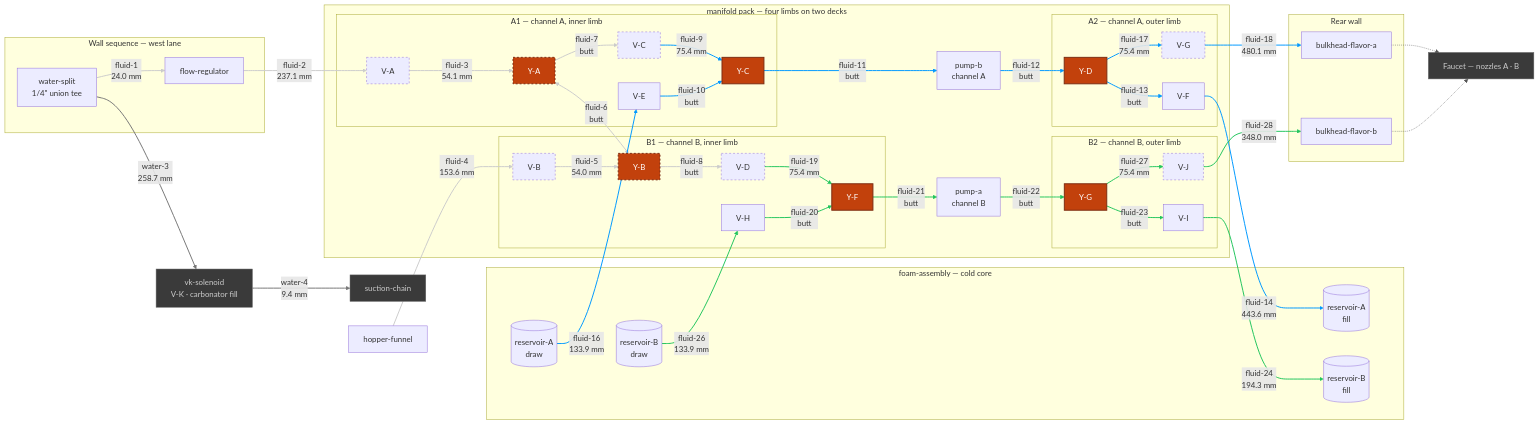
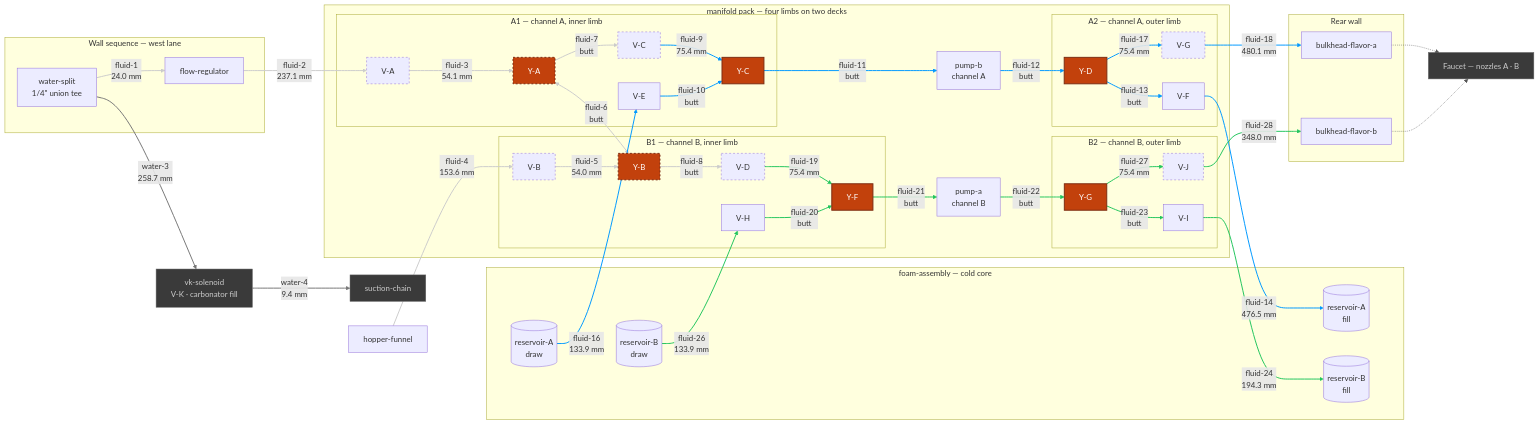
Before and after one commit to derekbreden/homesodamachine: the diagram in hardware/topology/fluid-topology-manifold.mmd, drawn with Mermaid. The commit also changed 22 other files, not shown here.

```diff
--- a/hardware/topology/fluid-topology-manifold.mmd
+++ b/hardware/topology/fluid-topology-manifold.mmd
@@ -14,7 +14,7 @@
   %% [26](SEGMENT_COUNT) flavor segments. [11](BUTT_COUNT) are collet butted to collet and carry
   %% no tube at all; [9](DRAWN_COUNT) are swept runs between placed bodies; the rest are the
   %% hinge's four hairpins and the source pair's two quarter-and-step turns. What is cut comes to
-  %% [2558.2 mm](FLUID_TOTAL) of 1/4" LLDPE over [40](FLUID_BENDS) corners, and the longest is
+  %% [2591.2 mm](FLUID_TOTAL) of 1/4" LLDPE over [42](FLUID_BENDS) corners, and the longest is
   %% [fluid-18](LONGEST_ID) at [480.1 mm](LONGEST_LEN). [0](OPEN_COUNT) are mouths with nothing
   %% on the far end of them: EVERY FLAVOR SEGMENT IN THIS CHART IS MADE. The hopper's gravity
   %% drain is drawn like the rest — the funnel is seated in the box rather than placed in the
@@ -135,7 +135,7 @@
   YC -->|"fluid-11<br/>butt"| PB
   PB -->|"fluid-12<br/>butt"| YD
   YD -->|"fluid-13<br/>butt"| VF
-  VF -->|"fluid-14<br/>443.6 mm"| ResAFill
+  VF -->|"fluid-14<br/>476.5 mm"| ResAFill
   ResA -->|"fluid-16<br/>133.9 mm"| VE
   YD -->|"fluid-17<br/>75.4 mm"| VG
   VG -->|"fluid-18<br/>480.1 mm"| BhA
```
